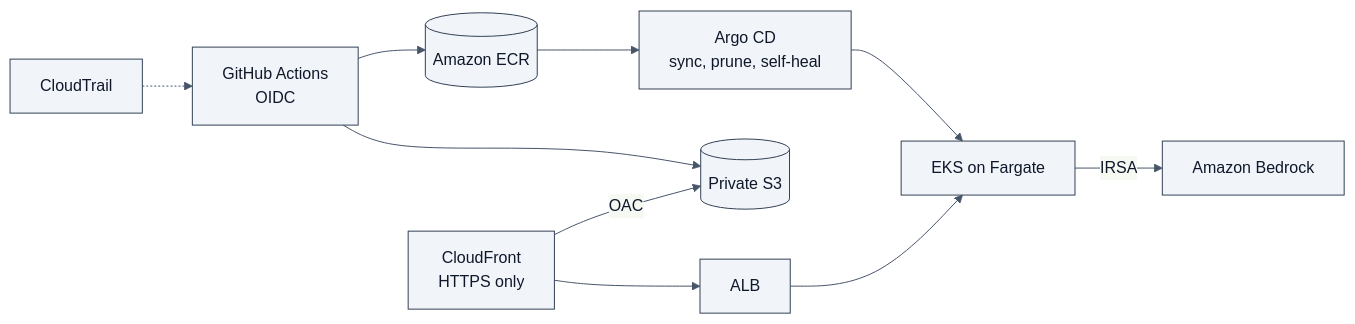
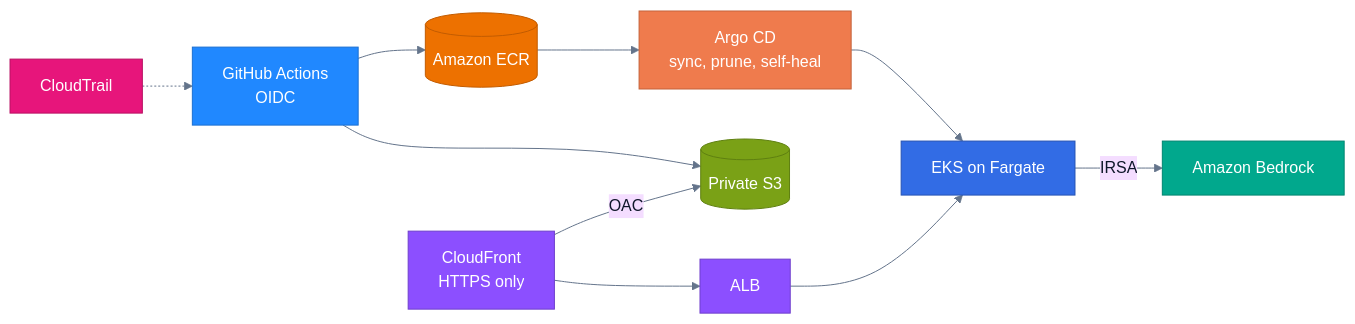
The third of 7 diagrams in README.md (Rohit-1920/Rohit-1920), drawn with Mermaid before and after one commit. The commit also changed other lines of this file, not shown here.

````diff
--- a/README.md
+++ b/README.md
@@ -216,10 +265,27 @@
 ```mermaid
-%%{init: {'theme':'base','themeVariables':{'fontFamily':'Inter, ui-sans-serif, system-ui, sans-serif','primaryColor':'#F1F5F9','primaryBorderColor':'#334155','primaryTextColor':'#0F172A','lineColor':'#475569'}}}%%
+%%{init: {'theme':'base','themeVariables':{'fontFamily':'Inter, ui-sans-serif, system-ui, sans-serif','lineColor':'#64748B','primaryTextColor':'#0F172A'}}}%%
 flowchart LR
   GA["GitHub Actions<br/>OIDC"] --> ECR[("Amazon ECR")] --> ARGO["Argo CD<br/>sync, prune, self-heal"] --> EKS["EKS on Fargate"]
   GA --> S3[("Private S3")]
   EKS -- IRSA --> BR["Amazon Bedrock"]
   CF["CloudFront<br/>HTTPS only"] -- OAC --> S3
   CF --> ALB["ALB"] --> EKS
   CT["CloudTrail"] -.-> GA
+
+  classDef ci fill:#2088FF,stroke:#1B6FD1,color:#FFFFFF
+  classDef argo fill:#EF7B4D,stroke:#C4623A,color:#FFFFFF
+  classDef aws fill:#ED7100,stroke:#C25C00,color:#FFFFFF
+  classDef store fill:#7AA116,stroke:#5F8011,color:#FFFFFF
+  classDef net fill:#8C4FFF,stroke:#6F3FCC,color:#FFFFFF
+  classDef ai fill:#01A88D,stroke:#018570,color:#FFFFFF
+  classDef mgmt fill:#E7157B,stroke:#B80F62,color:#FFFFFF
+  classDef k8s fill:#326CE5,stroke:#2653B3,color:#FFFFFF
+  class GA ci
+  class ARGO argo
+  class ECR aws
+  class S3 store
+  class CF,ALB net
+  class BR ai
+  class CT mgmt
+  class EKS k8s
 ```
````
